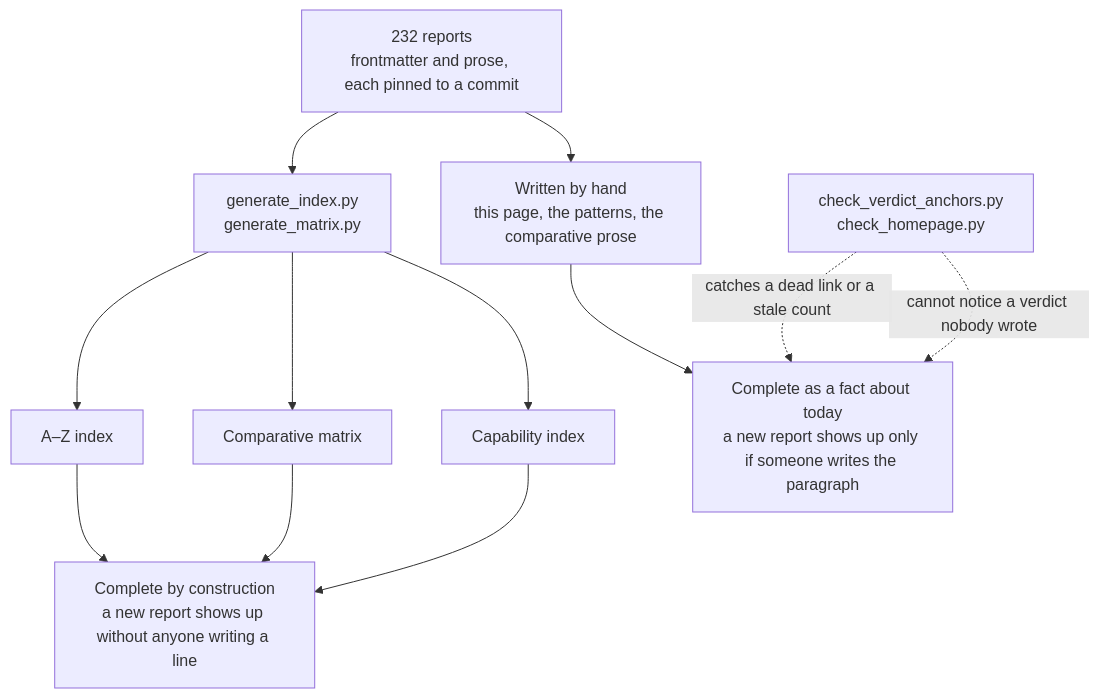
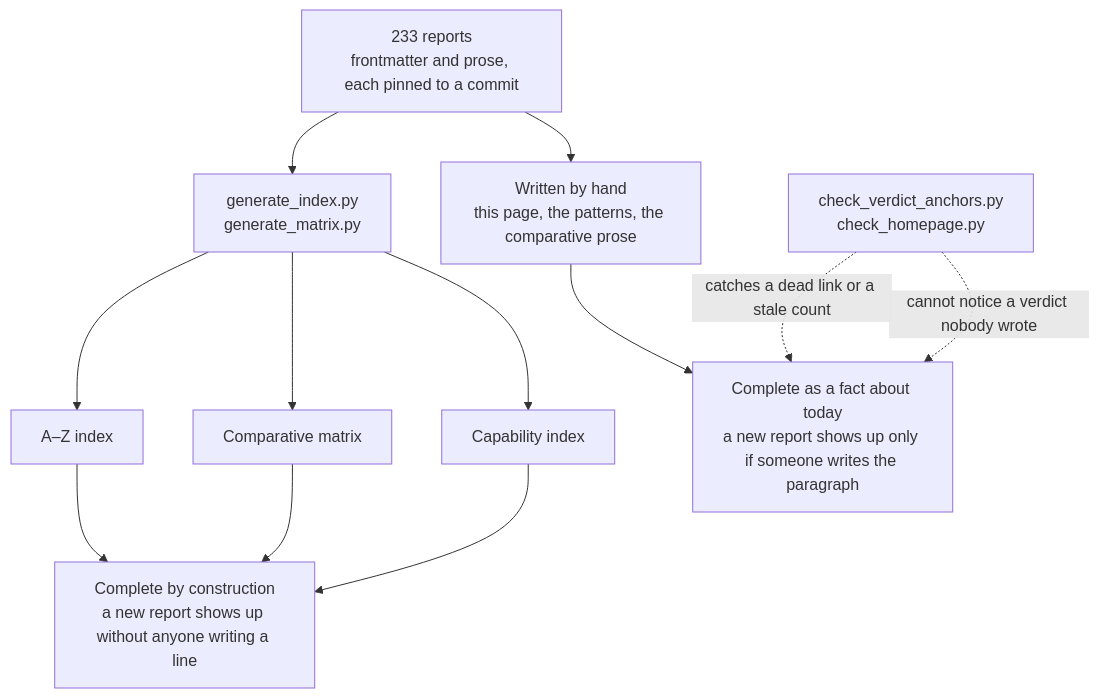
The diagram in content/verdicts.md (neoneye/agent-memory-atlas), drawn with Mermaid before and after one commit. The commit also changed other lines of this file and 20 other files, not shown here.

````diff
--- a/content/verdicts.md
+++ b/content/verdicts.md
@@ -40,15 +40,15 @@
 ```mermaid
 flowchart TD
-    R["232 reports<br/>frontmatter and prose, each pinned to a commit"]
+    R["233 reports<br/>frontmatter and prose, each pinned to a commit"]
     R --> GEN["generate_index.py<br/>generate_matrix.py"]
     R --> HAND["Written by hand<br/>this page, the patterns, the comparative prose"]
     GEN --> AZ["A–Z index"]
     GEN --> MX["Comparative matrix"]
     GEN --> CI["Capability index"]
     AZ --> CONST["Complete by construction<br/>a new report shows up without anyone writing a line"]
     MX --> CONST
     CI --> CONST
     HAND --> TODAY["Complete as a fact about today<br/>a new report shows up only if someone writes the paragraph"]
     CHK["check_verdict_anchors.py<br/>check_homepage.py"] -.->|"catches a dead link or a stale count"| TODAY
     CHK -.->|"cannot notice a verdict nobody wrote"| TODAY
 ```
````
